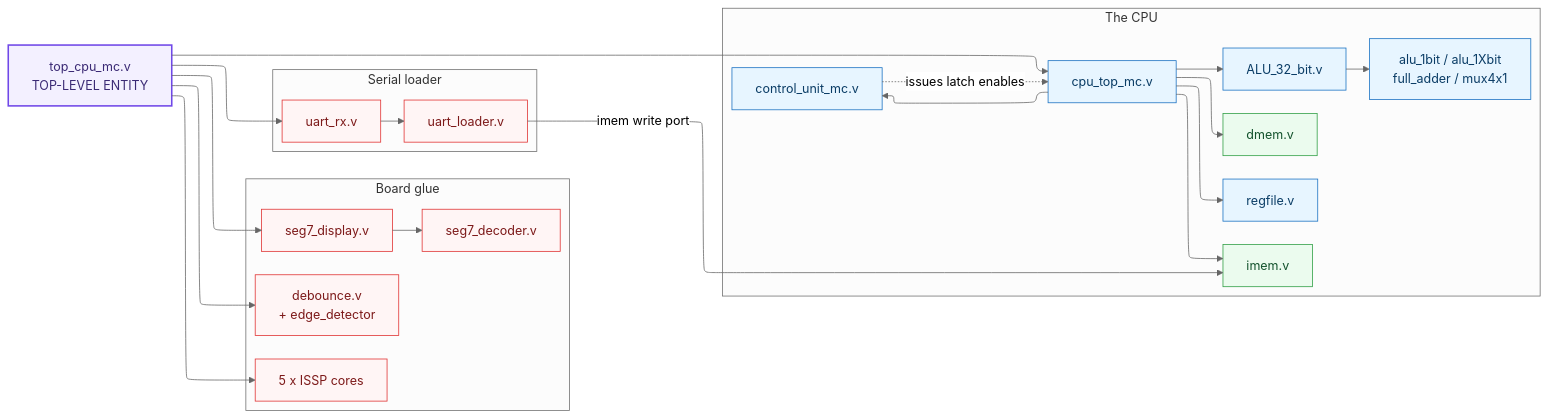
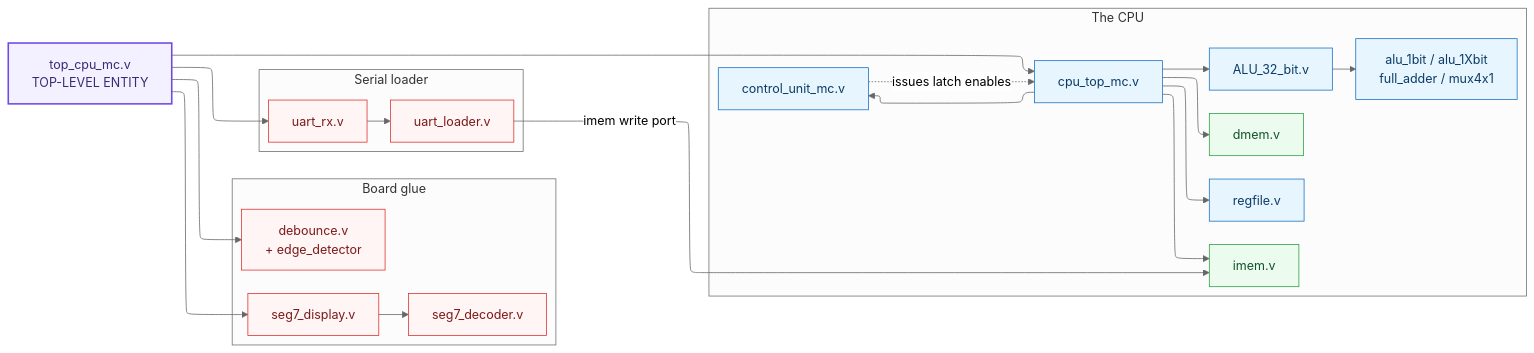
Before and after one commit to AtikRahat/mips-multi-cycle-cpu: diagram 11 of 11 in ARCHITECTURE.md, drawn with Mermaid (neutral theme). The commit also changed other lines of this file and 100 other files, not shown here.

````diff
--- a/ARCHITECTURE.md
+++ b/ARCHITECTURE.md
@@ -710,56 +670,54 @@
 ```mermaid
 %%{init: {"flowchart": {"defaultRenderer": "elk"}} }%%
 flowchart LR
     TOP["top_cpu_mc.v<br/>TOP-LEVEL ENTITY"]
 
     subgraph CORECPU["The CPU"]
         direction TB
         CPU["cpu_top_mc.v"]
         CTRL["control_unit_mc.v"]
         RF["regfile.v"]
         ALU["ALU_32_bit.v"]
         ALUSUB["alu_1bit / alu_1Xbit<br/>full_adder / mux4x1"]
         IMEM["imem.v"]
         DMEM["dmem.v"]
     end
 
     subgraph GLUE["Board glue"]
         direction TB
         DEB["debounce.v<br/>+ edge_detector"]
         SEGD["seg7_display.v"]
         SEGC["seg7_decoder.v"]
-        ISSPS["5 x ISSP cores"]
     end
 
     subgraph LOADER["Serial loader"]
         direction TB
         URX["uart_rx.v"]
         ULD["uart_loader.v"]
     end
 
     TOP --> CPU
     TOP --> DEB
     TOP --> SEGD
-    TOP --> ISSPS
     TOP --> URX
 
     CPU --> CTRL
     CPU --> RF
     CPU --> ALU
     CPU --> IMEM
     CPU --> DMEM
     ALU --> ALUSUB
     SEGD --> SEGC
     URX --> ULD
     ULD -->|"imem write port"| IMEM
     CTRL -.->|"issues latch enables"| CPU
 
     classDef top fill:#f3f0ff,stroke:#7048e8,color:#3b2a75,stroke-width:2px
     classDef cpu fill:#e7f5ff,stroke:#1971c2,color:#0b3d66
     classDef mem fill:#ebfbee,stroke:#2f9e44,color:#14532d
     classDef io fill:#fff5f5,stroke:#e03131,color:#7d1a1a
     class TOP top
     class CPU,CTRL,RF,ALU,ALUSUB cpu
     class IMEM,DMEM mem
-    class DEB,SEGD,SEGC,ISSPS,URX,ULD io
+    class DEB,SEGD,SEGC,URX,ULD io
 ```
````
